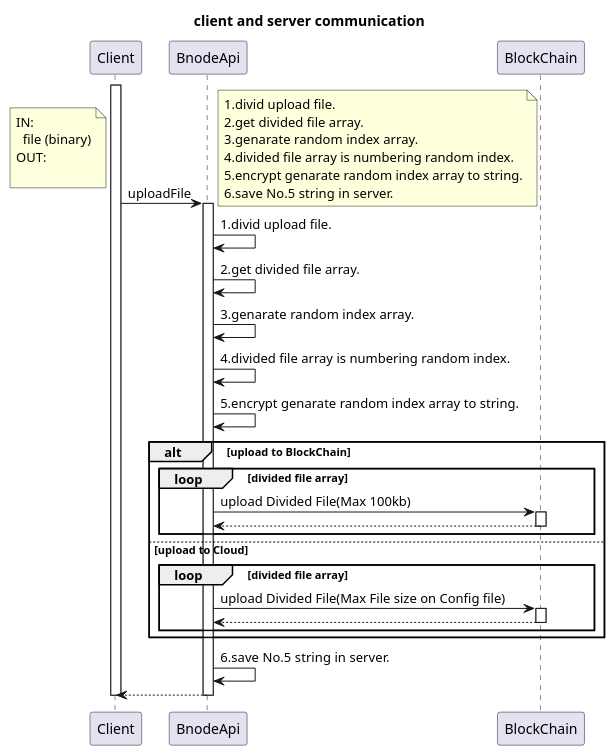
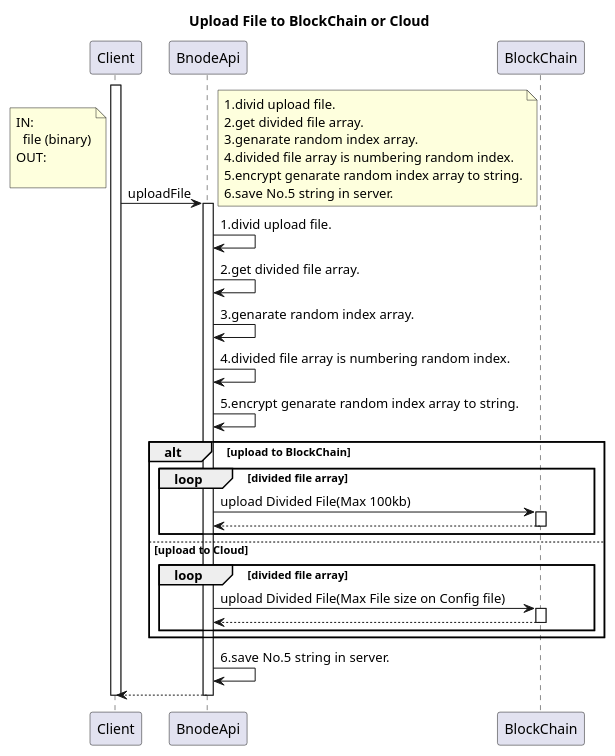
Before and after one commit to infinith4/bnode_doc: the diagram in spec/upload_split_files.pu, drawn with PlantUML. The commit also changed 2 other files, not shown here.

```diff
--- a/spec/upload_split_files.pu
+++ b/spec/upload_split_files.pu
@@ -1,62 +1,62 @@
 @startuml
-title client and server communication
+title Upload File to BlockChain or Cloud
 
 activate Client
 Client -> BnodeApi : uploadFile
 
 note left
 IN:
   file (binary)
 OUT:
   
 end note
 
 activate BnodeApi
 
 note right
 1.divid upload file.
 2.get divided file array.
 3.genarate random index array.
 4.divided file array is numbering random index.
 5.encrypt genarate random index array to string.
 6.save No.5 string in server.
 end note
 
 BnodeApi -> BnodeApi : 1.divid upload file.
 BnodeApi -> BnodeApi : 2.get divided file array.
 BnodeApi -> BnodeApi : 3.genarate random index array.
 BnodeApi -> BnodeApi : 4.divided file array is numbering random index.
 BnodeApi -> BnodeApi : 5.encrypt genarate random index array to string.
 
 alt upload to BlockChain
   loop divided file array
       BnodeApi -> BlockChain : upload Divided File(Max 100kb)
       ' BnodeApi -> BnodeApi : do No.6
       activate BlockChain
 
       return
   end
 else upload to Cloud
   loop divided file array
       BnodeApi -> BlockChain : upload Divided File(Max File size on Config file)
       ' BnodeApi -> BnodeApi : do No.6
       activate BlockChain
 
       return
   end
 end
 
 BnodeApi -> BnodeApi : 6.save No.5 string in server.
 
 
 return
 
 deactivate BlockChain
 deactivate BnodeApi
 
 
 deactivate Client
 
 
 
 @enduml
```
